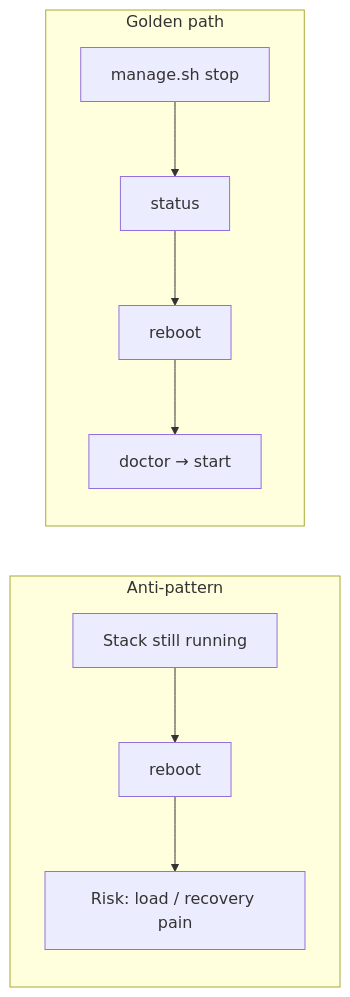
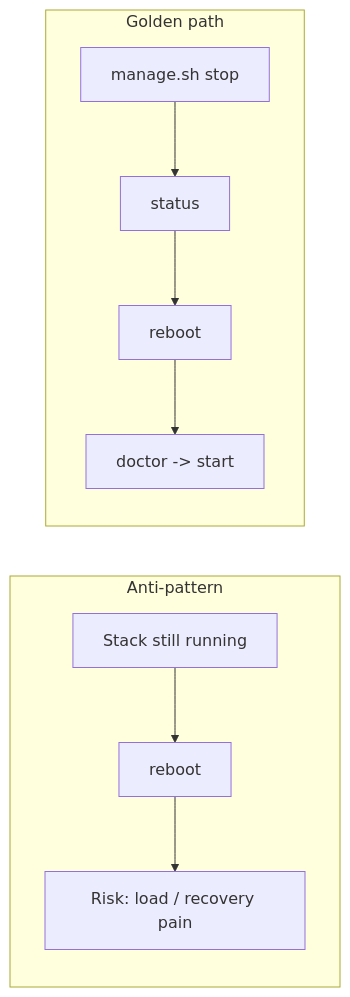
One commit to toxicoder/ez-comfy-stack changed the first of 4 diagrams in docs/reboot-safety.mdx. Above: the diagram before and after it, drawn with Mermaid. The commit also changed other lines of this file and 1894 other files, not shown here.

````diff
--- a/docs/reboot-safety.mdx
+++ b/docs/reboot-safety.mdx
@@ -28,12 +28,12 @@
 ```mermaid
 flowchart LR
   subgraph Unsafe["Anti-pattern"]
     R1["Stack still running"] --> R2["reboot"]
     R2 --> R3["Risk: load / recovery pain"]
   end
   subgraph Safe["Golden path"]
     S1["manage.sh stop"] --> S2["status"]
     S2 --> S3["reboot"]
-    S3 --> S4["doctor → start"]
+    S3 --> S4["doctor -> start"]
   end
 ```
````
